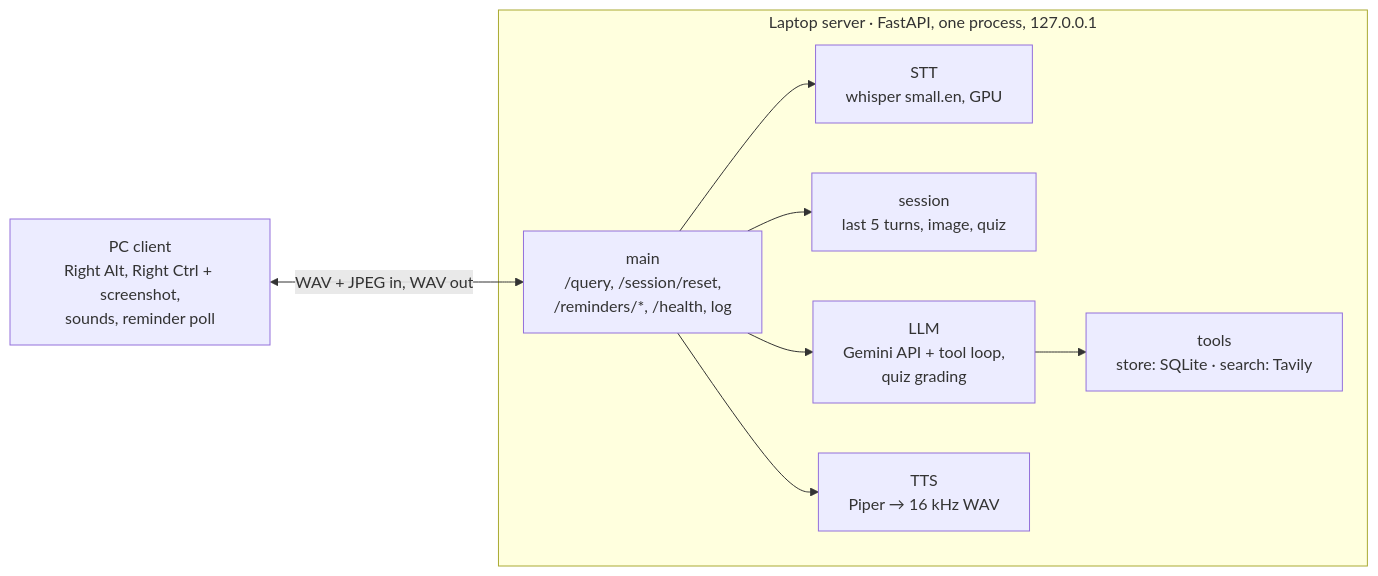
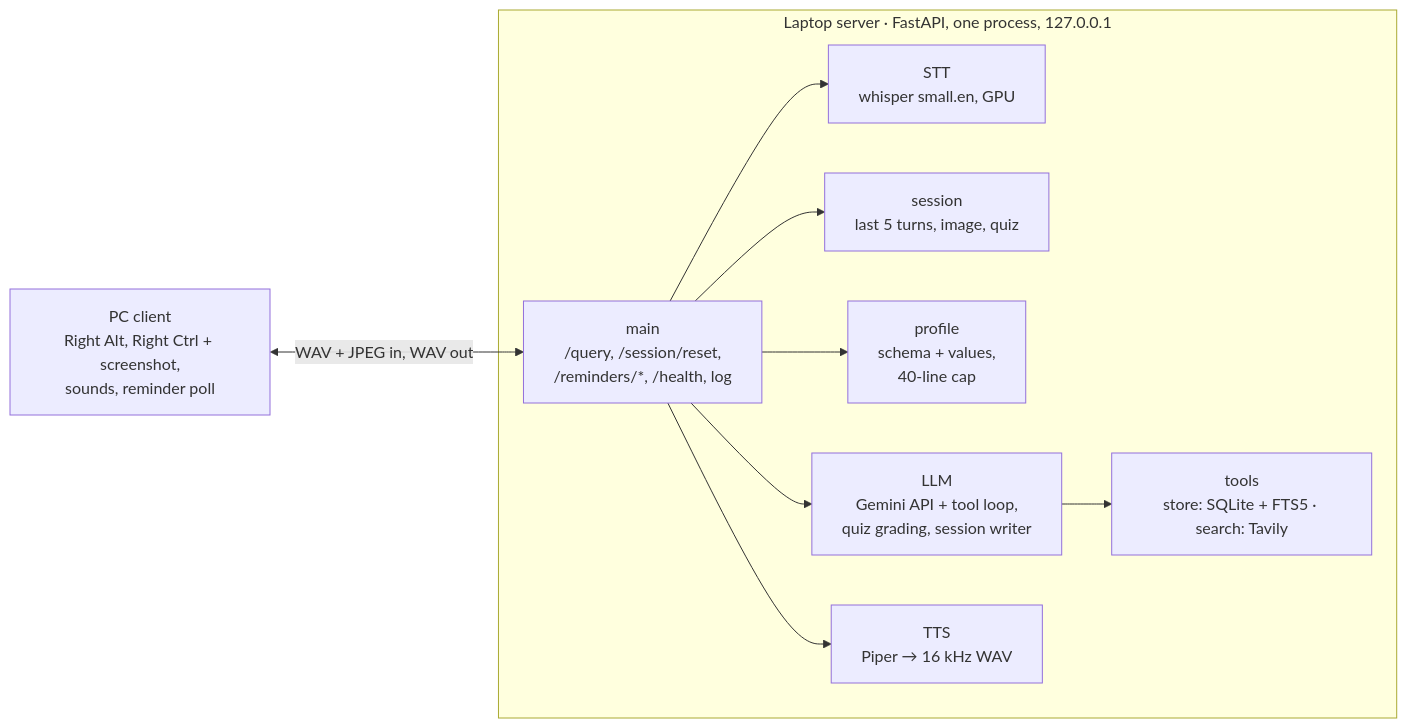
The diagram in docs/design.md (Bhavik-03/AI_glass_v1), drawn with Mermaid before and after one commit. The commit also changed other lines of this file and 2 other files, not shown here.

Commit message:
docs(design): v3 memory architecture (FR-26 to FR-40)

````diff
--- a/docs/design.md
+++ b/docs/design.md
@@ -17,13 +20,14 @@
 ```mermaid
 flowchart LR
     C["PC client<br/>Right Alt, Right Ctrl + screenshot,<br/>sounds, reminder poll"]
     C <-->|"WAV + JPEG in, WAV out"| M
     subgraph S["Laptop server · FastAPI, one process, 127.0.0.1"]
         M["main<br/>/query, /session/reset,<br/>/reminders/*, /health, log"]
         M --> STT["STT<br/>whisper small.en, GPU"]
         M --> SES["session<br/>last 5 turns, image, quiz"]
-        M --> LLM["LLM<br/>Gemini API + tool loop,<br/>quiz grading"]
-        LLM --> T["tools<br/>store: SQLite · search: Tavily"]
+        M --> PRF["profile<br/>schema + values,<br/>40-line cap"]
+        M --> LLM["LLM<br/>Gemini API + tool loop,<br/>quiz grading, session writer"]
+        LLM --> T["tools<br/>store: SQLite + FTS5 · search: Tavily"]
         M --> TTS["TTS<br/>Piper → 16 kHz WAV"]
     end
 ```
````
